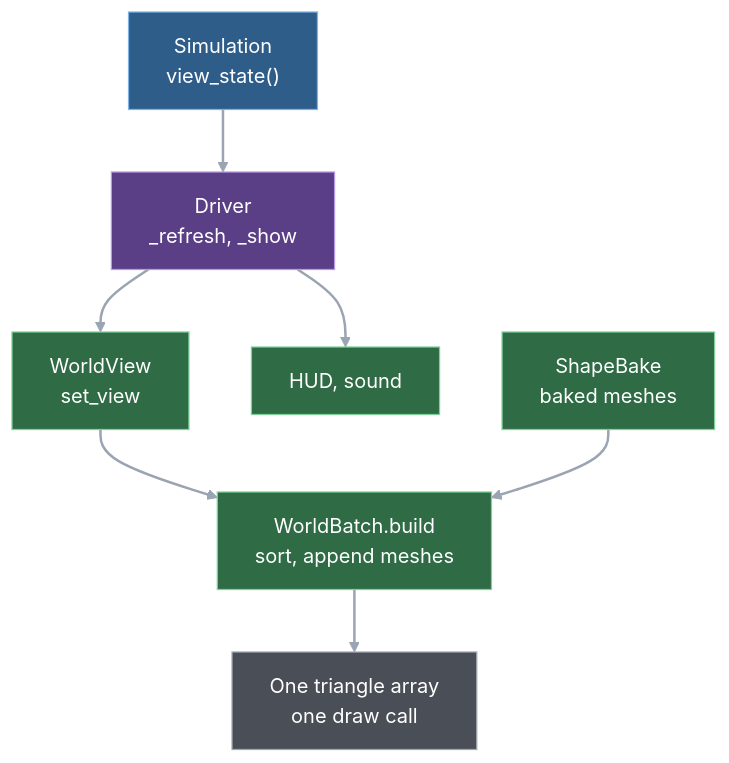
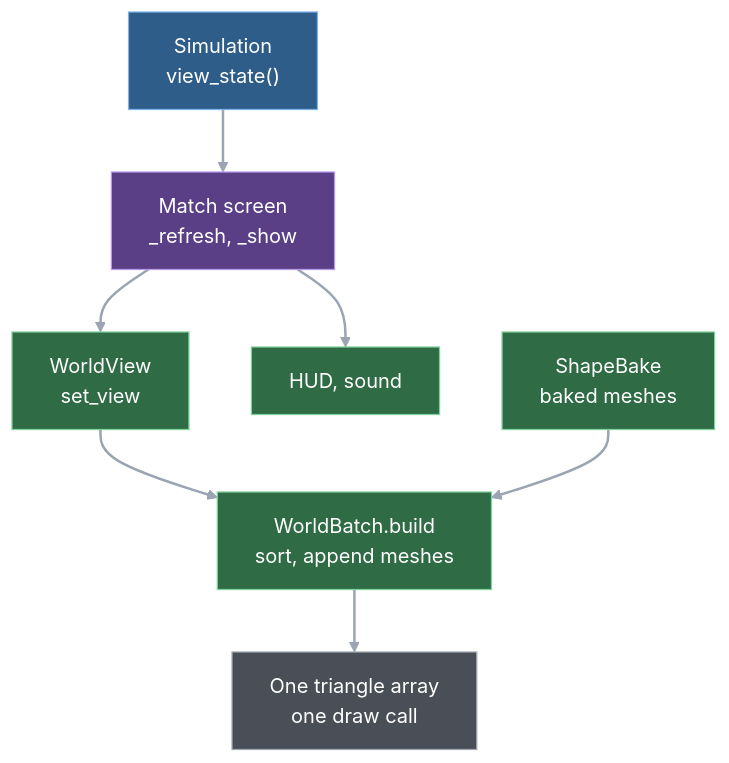
The first of 3 diagrams in docs/guide/05-presentation.md (pdstuber/wargrid), drawn with Mermaid (forest theme) before and after one commit. The commit also changed other lines of this file and 18 other files, not shown here.

First line of the commit message:
Describe the one match screen; record the One controller gate row

````diff
--- a/docs/guide/05-presentation.md
+++ b/docs/guide/05-presentation.md
@@ -7,18 +7,18 @@
 ```mermaid
 flowchart TD
-    sim["Simulation<br/>view_state()"] --> drv["Driver<br/>_refresh, _show"]
+    sim["Simulation<br/>view_state()"] --> drv["Match screen<br/>_refresh, _show"]
     drv --> view["WorldView<br/>set_view"]
     drv --> hud["HUD, sound"]
     view --> batch["WorldBatch.build<br/>sort, append meshes"]
     bake["ShapeBake<br/>baked meshes"] --> batch
     batch --> gpu["One triangle array<br/>one draw call"]
     classDef sim fill:#2f5d8a,stroke:#7fb3e6,color:#ffffff
     classDef pres fill:#2f6b45,stroke:#7fd09a,color:#ffffff
     classDef driver fill:#5b3f86,stroke:#b79ae6,color:#ffffff
     classDef ext fill:#4a4f57,stroke:#a0a7b1,color:#ffffff
     class sim sim
     class drv driver
     class view,hud,batch,bake pres
     class gpu ext
     linkStyle default stroke:#9aa4b2,stroke-width:2px
 ```
````
